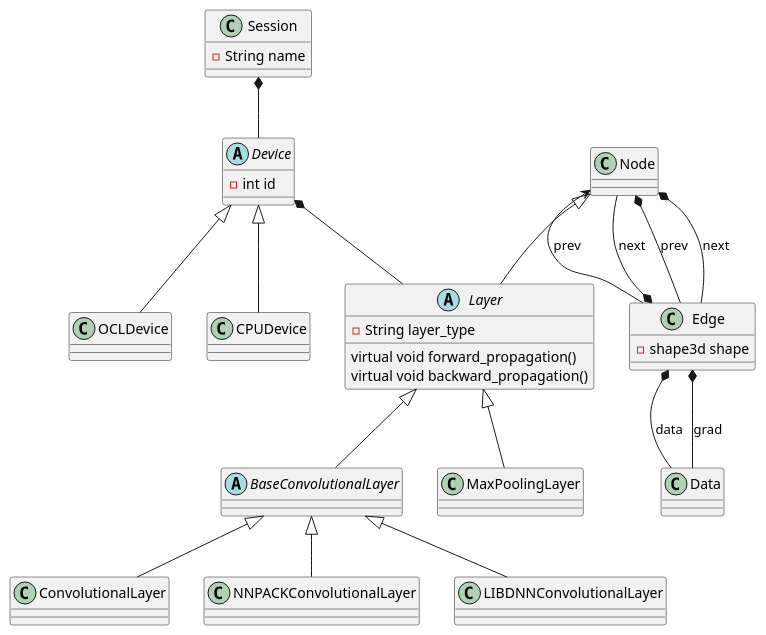
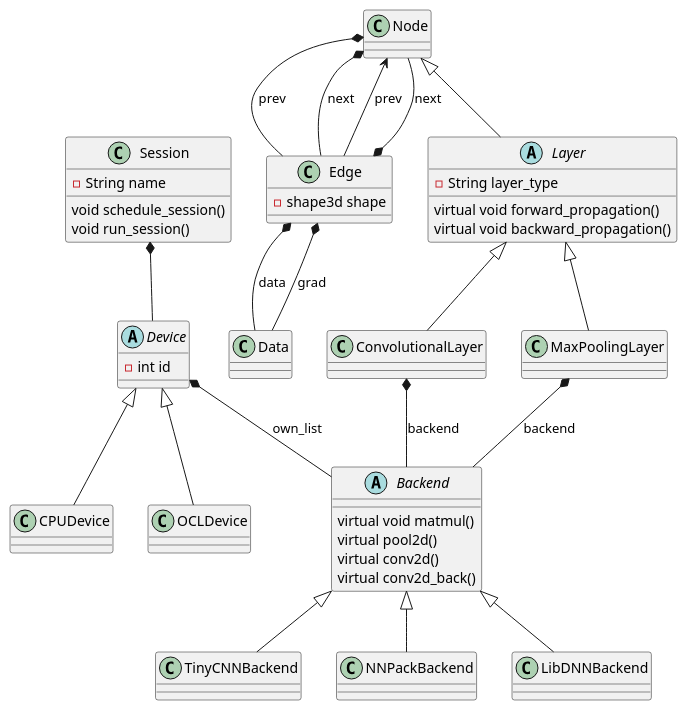
One commit to tiny-dnn/tiny-dnn changed the diagram in doc/device-abstraction-uml.puml. Above: the diagram before and after it, drawn with PlantUML. The commit also changed 32 other files, not shown here.

First line of the commit message:
update first convolutional layer abstraction version with NNPACK support

```diff
--- a/doc/device-abstraction-uml.puml
+++ b/doc/device-abstraction-uml.puml
@@ -1,59 +1,72 @@
 @startuml
 class Session {
  -String name
+  void schedule_session()
+  void run_session()
 }
 
 abstract class Device {
  -int id
 }
 
 class Node {
 }
 
 class Edge {
  - shape3d shape
 }
 
 abstract class Layer {
  - String layer_type
  virtual void forward_propagation()
  virtual void backward_propagation()
 }
 
-abstract class BaseConvolutionalLayer {
-}
-
 class ConvolutionalLayer {
 }
 
-class NNPACKConvolutionalLayer {
+class MaxPoolingLayer {
 }
 
-class LIBDNNConvolutionalLayer {
+abstract class Backend {
+ virtual void matmul()
+ virtual pool2d()
+ virtual conv2d()
+ virtual conv2d_back()
 }
 
-class MaxPoolingLayer {
+class TinyCNNBackend {
+}
+
+class NNPackBackend {
+}
+
+class LibDNNBackend {
 }
 
 Session *-- Device
 
 Device <|-- CPUDevice
 Device <|-- OCLDevice
 
 Node <|-- Layer
 Node *-- Edge : prev
 Node *-- Edge : next
 
 Edge --> Node : prev
 Edge *-- Node : next
 Edge *-- Data : data
 Edge *-- Data : grad
 
-Device *-- Layer
-Layer <|-- BaseConvolutionalLayer
+Layer <|-- ConvolutionalLayer
 Layer <|-- MaxPoolingLayer
 
-BaseConvolutionalLayer <|-- ConvolutionalLayer
-BaseConvolutionalLayer <|-- NNPACKConvolutionalLayer
-BaseConvolutionalLayer <|-- LIBDNNConvolutionalLayer
+Device *-- Backend : own_list
+ConvolutionalLayer *-- Backend : backend
+MaxPoolingLayer *-- Backend : backend
+
+Backend <|-- TinyCNNBackend
+Backend <|-- NNPackBackend
+Backend <|-- LibDNNBackend
+
 @enduml
```
